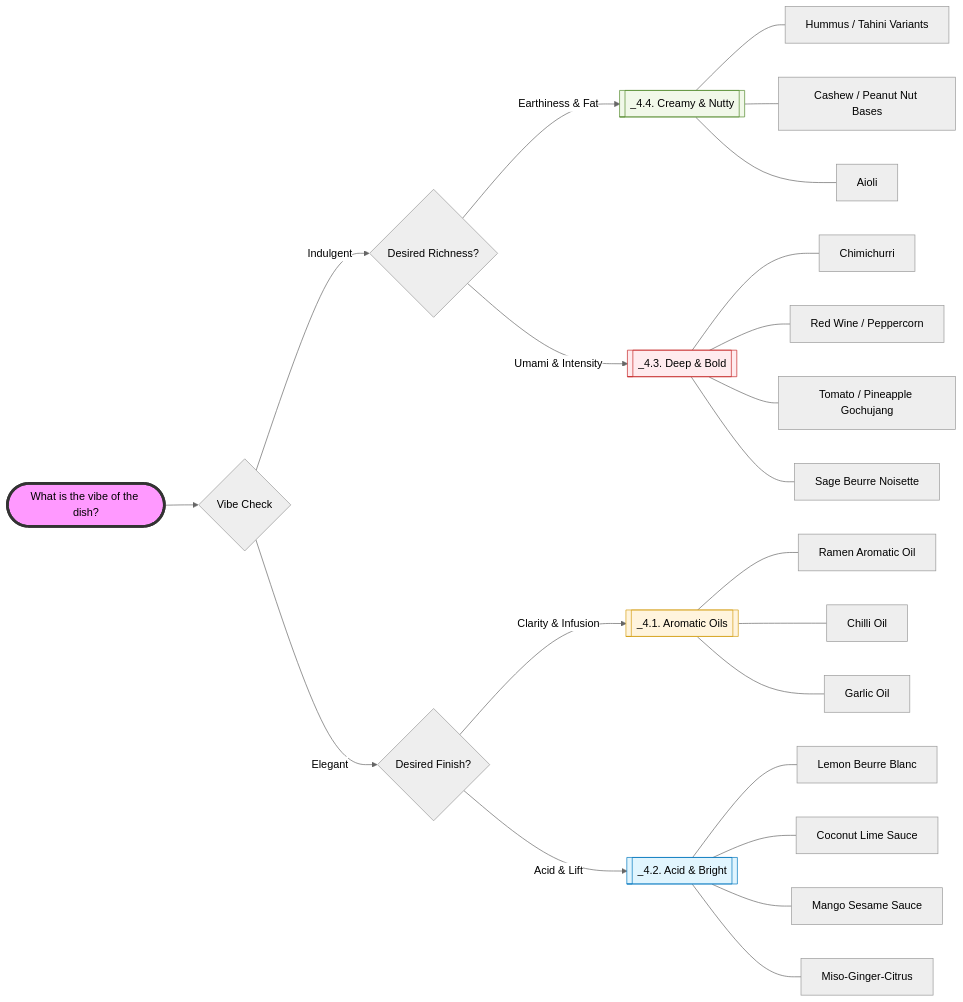
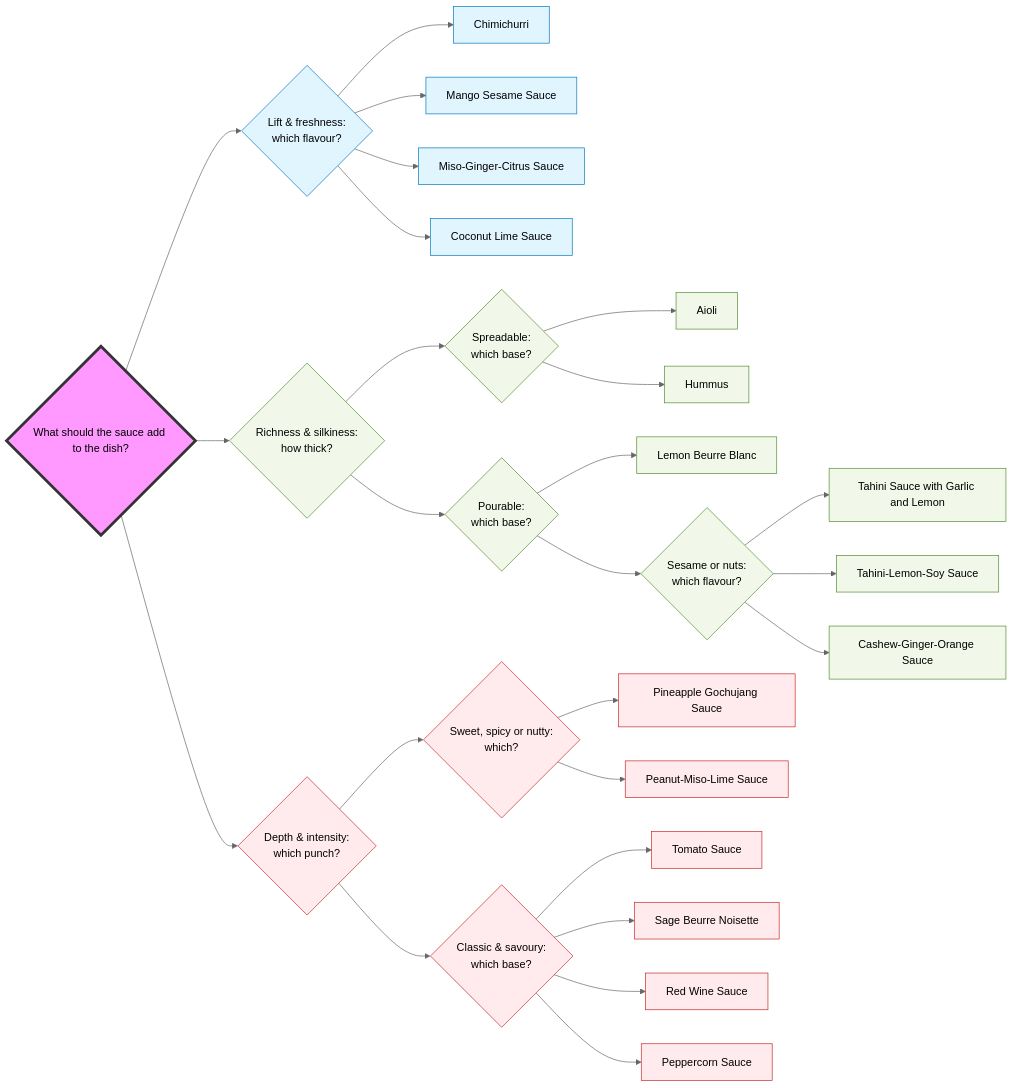
One commit to miromissotten/cookbook changed the diagram in data_modularflavour/text_notdone/_3.4. Distinct Sauces.md. Above: the diagram before and after it, drawn with Mermaid (neutral theme). The commit also changed other lines of this file and 33 other files, not shown here.

````diff
--- a/data_modularflavour/text_notdone/_3.4. Distinct Sauces.md
+++ b/data_modularflavour/text_notdone/_3.4. Distinct Sauces.md
@@ -16,46 +19,70 @@
 ```mermaid
 flowchart LR
-    %% Root Node
-    Start([What is the vibe of the dish?]) --> Vibe{Vibe Check}
+    Need{What should the sauce add to the dish?}
 
-    %% INDULGENT BRANCH
-    Vibe -->|Indulgent| IndType{Desired Richness?}
-    
-    IndType -->|Earthiness & Fat| G44[[_4.4. Creamy & Nutty]]
-    IndType -->|Umami & Intensity| G43[[_4.3. Deep & Bold]]
+    Need --> F{Lift & freshness:<br/>which flavour?}
+    Need --> R{Richness & silkiness:<br/>how thick?}
+    Need --> D{Depth & intensity:<br/>which punch?}
 
-    %% ELEGANT BRANCH
-    Vibe -->|Elegant| EleType{Desired Finish?}
-    
-    EleType -->|Clarity & Infusion| G41[[_4.1. Aromatic Oils]]
-    EleType -->|Acid & Lift| G42[[_4.2. Acid & Bright]]
+    %% 3.4.2 FRESH & SHARP
+    F --> A1[Chimichurri]
+    F --> A2[Mango Sesame Sauce]
+    F --> A3[Miso-Ginger-Citrus Sauce]
+    F --> A4[Coconut Lime Sauce]
 
-    %% Final Groupings - 4.1
-    G41 --- O1[Ramen Aromatic Oil]
-    G41 --- O2[Chilli Oil]
-    G41 --- O3[Garlic Oil]
+    %% 3.4.3 RICH & SILKY
+    R --> RS{Spreadable:<br/>which base?}
+    R --> RP{Pourable:<br/>which base?}
 
-    %% Final Groupings - 4.2
-    G42 --- A1[Lemon Beurre Blanc]
-    G42 --- A2[Coconut Lime Sauce]
-    G42 --- A3[Mango Sesame Sauce]
-    G42 --- A4[Miso-Ginger-Citrus]
+    RS --> C1[Aioli]
+    RS --> C2[Hummus]
 
-    %% Final Groupings - 4.3
-    G43 --- D1[Chimichurri]
-    G43 --- D2[Red Wine / Peppercorn]
-    G43 --- D3[Tomato / Pineapple Gochujang]
-    G43 --- D4[Sage Beurre Noisette]
+    RP --> C3[Lemon Beurre Blanc]
+    RP --> RN{Sesame or nuts:<br/>which flavour?}
 
-    %% Final Groupings - 4.4
-    G44 --- C1[Hummus / Tahini Variants]
-    G44 --- C2[Cashew / Peanut Nut Bases]
-    G44 --- C3[Aioli]
+    RN --> C4[Tahini Sauce with Garlic and Lemon]
+    RN --> C5[Tahini-Lemon-Soy Sauce]
+    RN --> C6[Cashew-Ginger-Orange Sauce]
+
+    %% 3.4.1 DEEP & SAVOURY
+    D --> DA{Sweet, spicy or nutty:<br/>which?}
+    D --> DE{Classic & savoury:<br/>which base?}
+
+    DA --> D1[Pineapple Gochujang Sauce]
+    DA --> D2[Peanut-Miso-Lime Sauce]
+
+    DE --> D3[Tomato Sauce]
+    DE --> D4[Sage Beurre Noisette]
+    DE --> D5[Red Wine Sauce]
+    DE --> D6[Peppercorn Sauce]
 
     %% Styling
-    style Start fill:#f9f,stroke:#333,stroke-width:4px
-    style G41 fill:#fff4dd,stroke:#d4a017
-    style G42 fill:#e1f5fe,stroke:#0277bd
-    style G43 fill:#ffebee,stroke:#c62828
-    style G44 fill:#f1f8e9,stroke:#558b2f
+    style Need fill:#f9f,stroke:#333,stroke-width:4px
+
+    style F fill:#e1f5fe,stroke:#0277bd
+    style A1 fill:#e1f5fe,stroke:#0277bd
+    style A2 fill:#e1f5fe,stroke:#0277bd
+    style A3 fill:#e1f5fe,stroke:#0277bd
+    style A4 fill:#e1f5fe,stroke:#0277bd
+
+    style R fill:#f1f8e9,stroke:#558b2f
+    style RS fill:#f1f8e9,stroke:#558b2f
+    style RP fill:#f1f8e9,stroke:#558b2f
+    style RN fill:#f1f8e9,stroke:#558b2f
+    style C1 fill:#f1f8e9,stroke:#558b2f
+    style C2 fill:#f1f8e9,stroke:#558b2f
+    style C3 fill:#f1f8e9,stroke:#558b2f
+    style C4 fill:#f1f8e9,stroke:#558b2f
+    style C5 fill:#f1f8e9,stroke:#558b2f
+    style C6 fill:#f1f8e9,stroke:#558b2f
+
+    style D fill:#ffebee,stroke:#c62828
+    style DA fill:#ffebee,stroke:#c62828
+    style DE fill:#ffebee,stroke:#c62828
+    style D1 fill:#ffebee,stroke:#c62828
+    style D2 fill:#ffebee,stroke:#c62828
+    style D3 fill:#ffebee,stroke:#c62828
+    style D4 fill:#ffebee,stroke:#c62828
+    style D5 fill:#ffebee,stroke:#c62828
+    style D6 fill:#ffebee,stroke:#c62828
 ```
````
